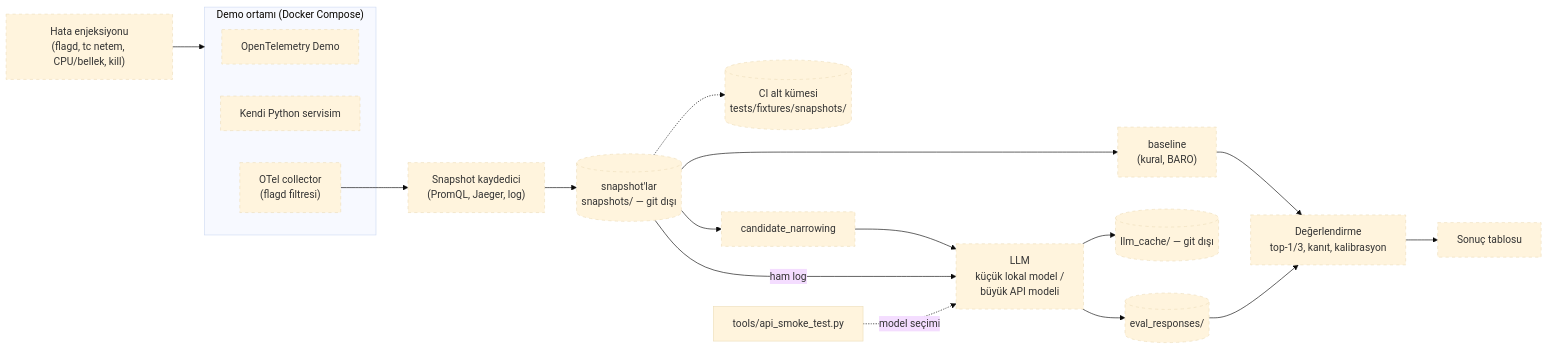
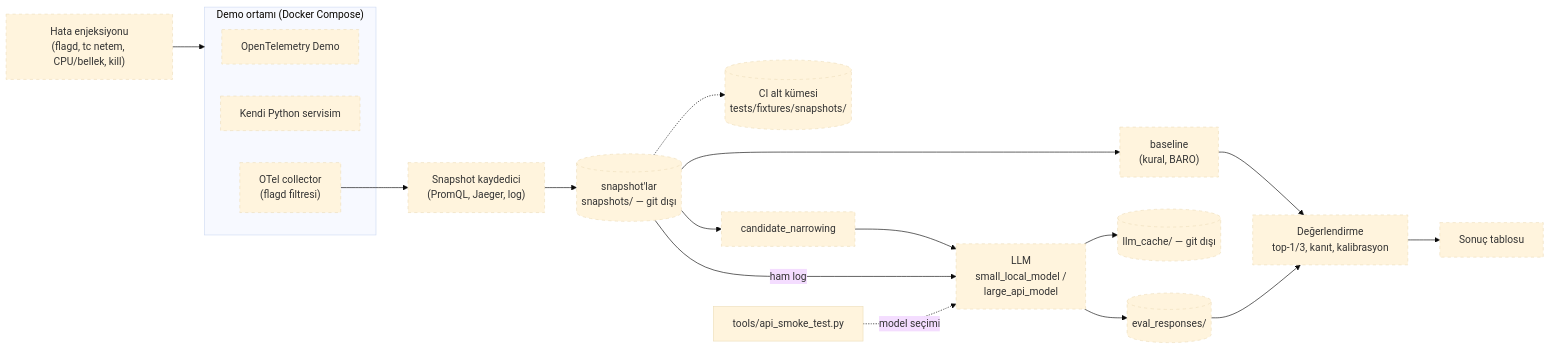
Before and after one commit to erenbezek/aiops_rca: the diagram in docs/ARCHITECTURE.md, drawn with Mermaid (base theme). The commit also changed 6 other files, not shown here.

Commit message:
Planlama kayıtları: sızıntı testi kartı, İngilizce kavram adları (small_local_model, noise_layer, model_view vb.)

````diff
--- a/docs/ARCHITECTURE.md
+++ b/docs/ARCHITECTURE.md
@@ -7,39 +7,39 @@
 ```mermaid
 flowchart LR
     subgraph ortam["Demo ortamı (Docker Compose)"]
         otel["OpenTelemetry Demo"]
         own["Kendi Python servisim"]
         col["OTel collector<br/>(flagd filtresi)"]
     end
 
     inj["Hata enjeksiyonu<br/>(flagd, tc netem, CPU/bellek, kill)"]
     rec["Snapshot kaydedici<br/>(PromQL, Jaeger, log)"]
     snap[("snapshot'lar<br/>snapshots/ — git dışı")]
     fix[("CI alt kümesi<br/>tests/fixtures/snapshots/")]
 
     base["baseline<br/>(kural, BARO)"]
     nar["candidate_narrowing"]
-    llm["LLM<br/>küçük lokal model /<br/>büyük API modeli"]
+    llm["LLM<br/>small_local_model /<br/>large_api_model"]
     cache[("llm_cache/ — git dışı")]
     evr[("eval_responses/")]
     ev["Değerlendirme<br/>top-1/3, kanıt, kalibrasyon"]
     tab["Sonuç tablosu"]
 
     inj --> ortam
     col --> rec
     rec --> snap
     snap -.-> fix
     snap --> base
     snap --> nar --> llm
     snap -->|ham log| llm
     llm --> cache
     llm --> evr
     base --> ev
     evr --> ev
     ev --> tab
 
     smoke["tools/api_smoke_test.py"] -.->|model seçimi| llm
 
     classDef yok stroke-dasharray: 5 5
     class otel,own,col,inj,rec,snap,fix,base,nar,llm,cache,evr,ev,tab yok
 ```
````
